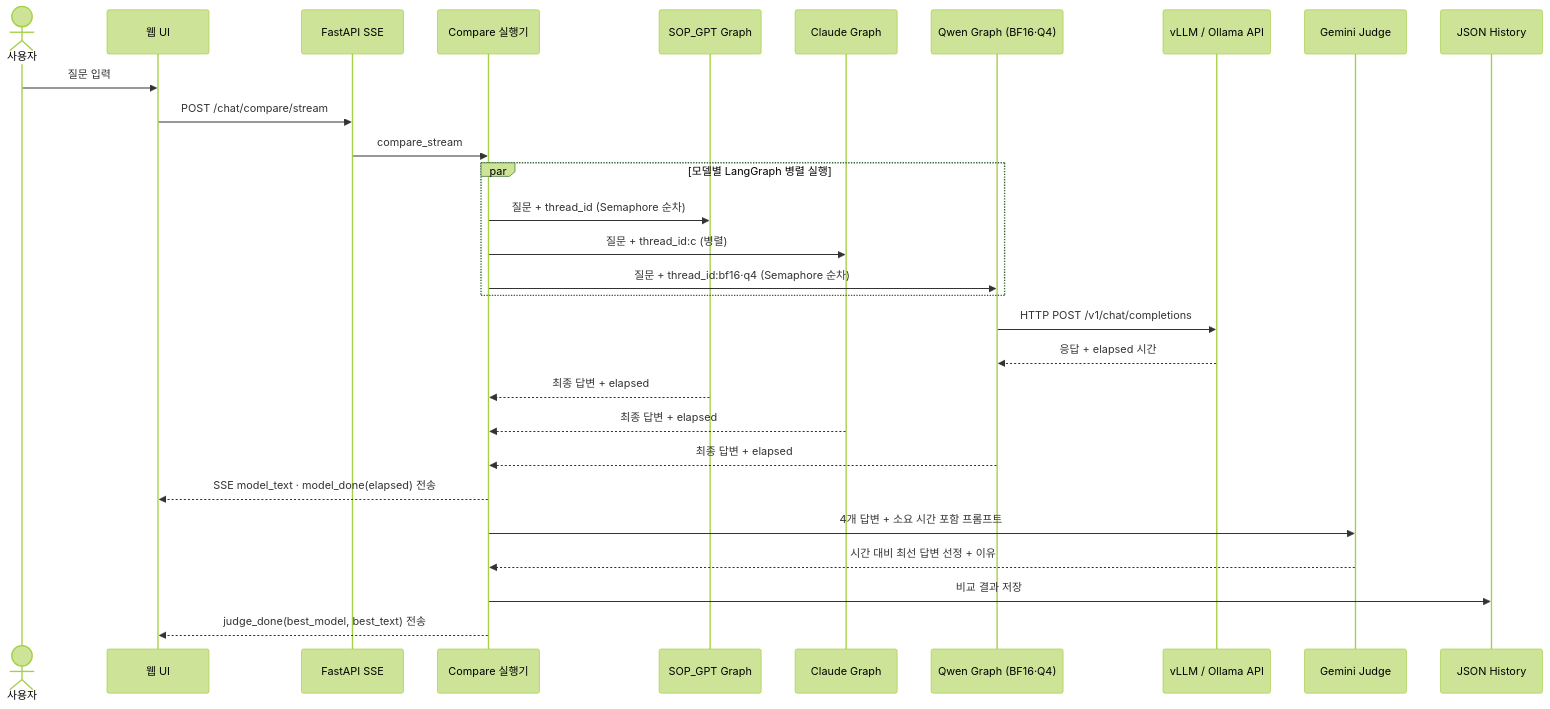
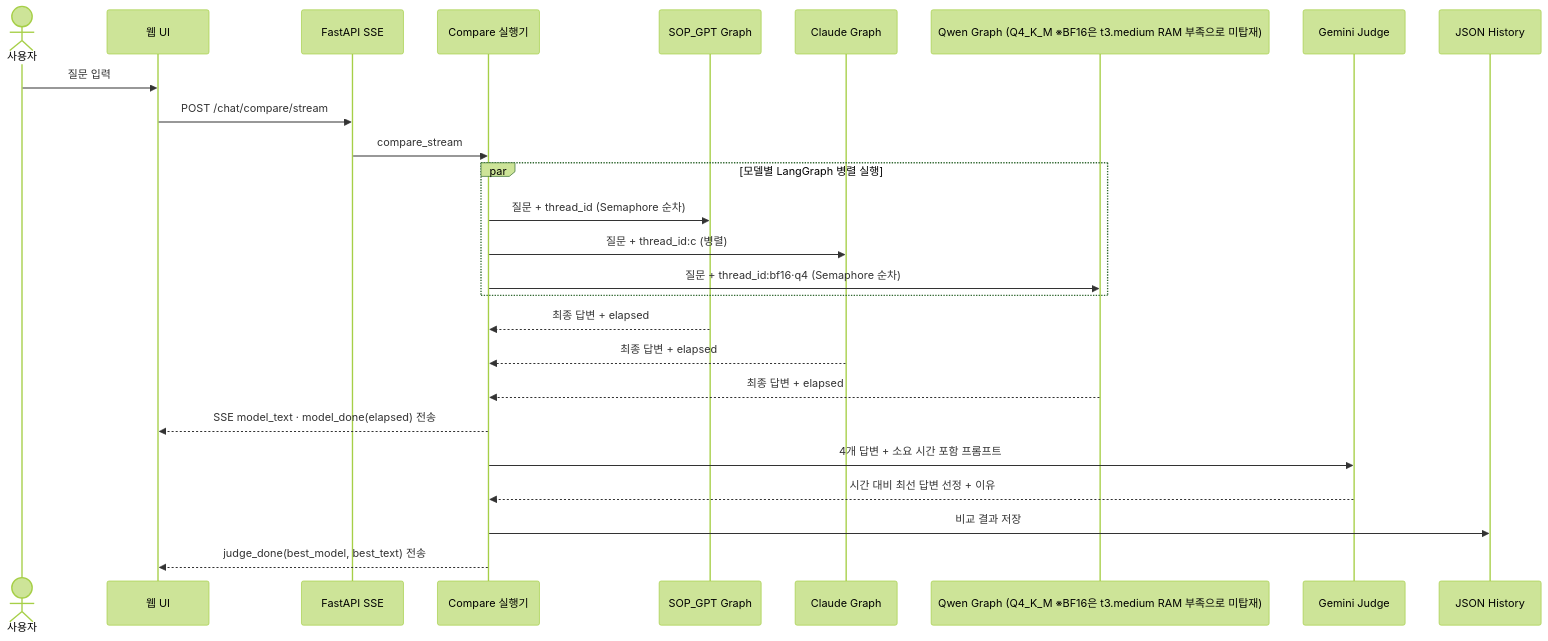
Before and after one commit to 1sanguk/KTB-Deepdive: the third of 3 diagrams in LLM_Project/chatbot/basicdata/architecture.md, drawn with Mermaid (forest theme). The commit also changed other lines of this file and 6 other files, not shown here.

````diff
--- a/LLM_Project/chatbot/basicdata/architecture.md
+++ b/LLM_Project/chatbot/basicdata/architecture.md
@@ -150,32 +150,29 @@
 ```mermaid
 sequenceDiagram
     actor User as 사용자
     participant UI as 웹 UI
     participant API as FastAPI SSE
     participant Runner as Compare 실행기
     participant SOP as SOP_GPT Graph
     participant Claude as Claude Graph
-    participant Qwen as Qwen Graph (BF16·Q4)
-    participant vLLM as vLLM / Ollama API
+    participant Qwen as Qwen Graph (Q4_K_M ※BF16은 t3.medium RAM 부족으로 미탑재)
     participant Judge as Gemini Judge
     participant Store as JSON History
 
     User->>UI: 질문 입력
     UI->>API: POST /chat/compare/stream
     API->>Runner: compare_stream
     par 모델별 LangGraph 병렬 실행
         Runner->>SOP: 질문 + thread_id (Semaphore 순차)
         Runner->>Claude: 질문 + thread_id:c (병렬)
         Runner->>Qwen: 질문 + thread_id:bf16·q4 (Semaphore 순차)
     end
-    Qwen->>vLLM: HTTP POST /v1/chat/completions
-    vLLM-->>Qwen: 응답 + elapsed 시간
     SOP-->>Runner: 최종 답변 + elapsed
     Claude-->>Runner: 최종 답변 + elapsed
     Qwen-->>Runner: 최종 답변 + elapsed
     Runner-->>UI: SSE model_text · model_done(elapsed) 전송
     Runner->>Judge: 4개 답변 + 소요 시간 포함 프롬프트
     Judge-->>Runner: 시간 대비 최선 답변 선정 + 이유
     Runner->>Store: 비교 결과 저장
     Runner-->>UI: judge_done(best_model, best_text) 전송
 ```
````
